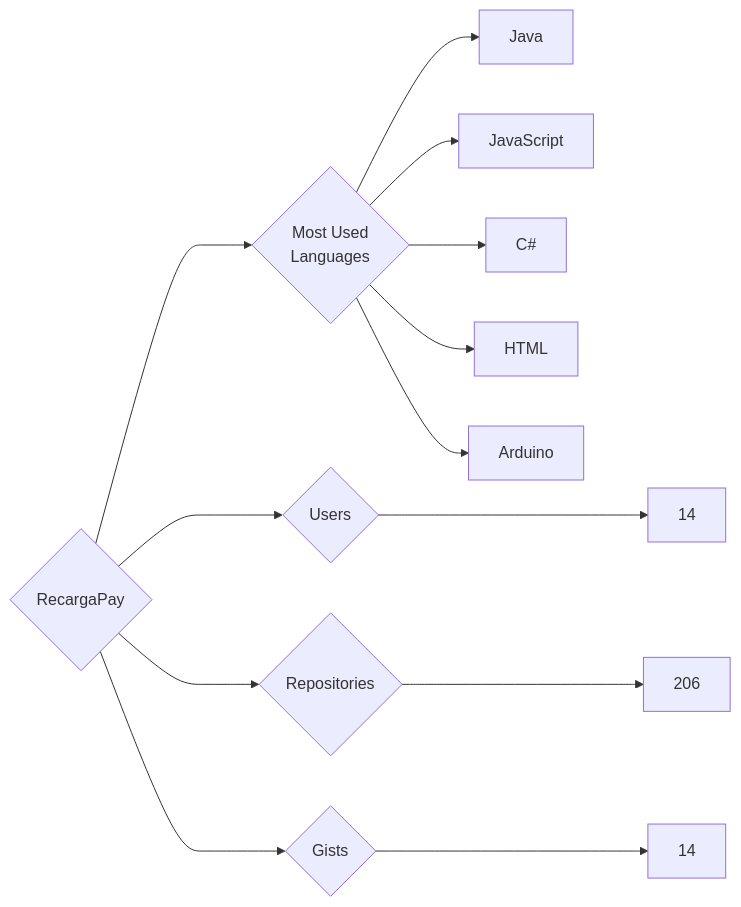
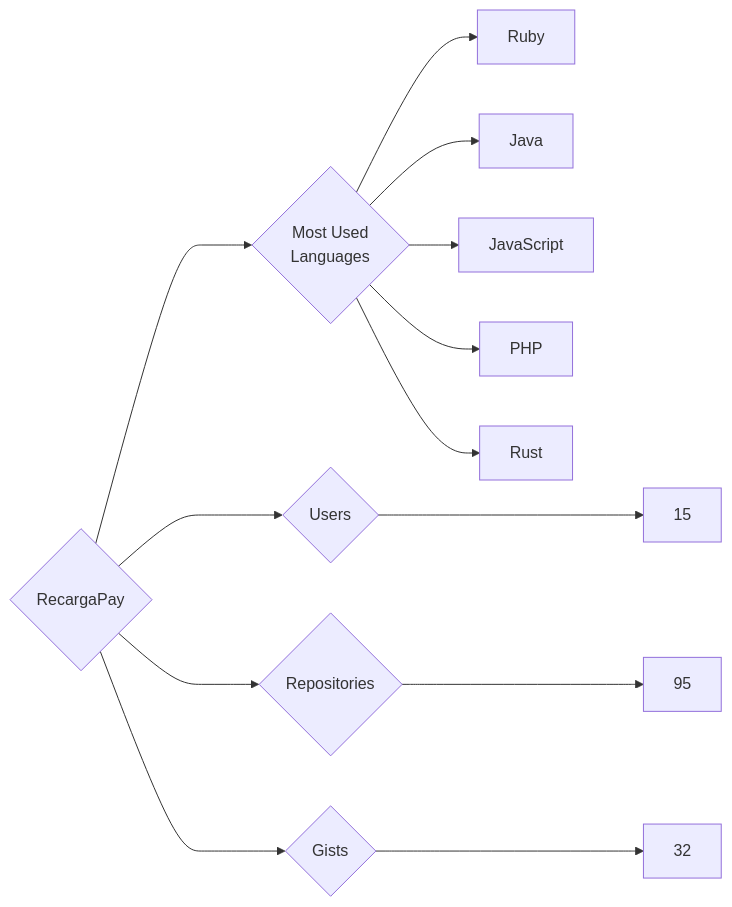
Before and after one commit to trickest/insiders: the diagram in targets/RecargaPay/README.md, drawn with Mermaid. The commit also changed 928 other files, not shown here.

````diff
--- a/targets/RecargaPay/README.md
+++ b/targets/RecargaPay/README.md
@@ -3,13 +3,13 @@
 ```mermaid
 graph LR
 COMPANY_NAME{RecargaPay}
-COMPANY_NAME ---> U{Users} ---> UN[14]
-COMPANY_NAME ---> R{Repositories} ---> RN[206]
-COMPANY_NAME ---> G{Gists} ---> GN[14]
+COMPANY_NAME ---> U{Users} ---> UN[15]
+COMPANY_NAME ---> R{Repositories} ---> RN[95]
+COMPANY_NAME ---> G{Gists} ---> GN[32]
 COMPANY_NAME ---> ML{Most Used<br>Languages}
+ML --> Ruby[Ruby]
 ML --> Java[Java]
 ML --> JavaScript[JavaScript]
-ML --> C#[C#]
-ML --> HTML[HTML]
-ML --> Arduino[Arduino]
+ML --> PHP[PHP]
+ML --> Rust[Rust]
 ```
````
